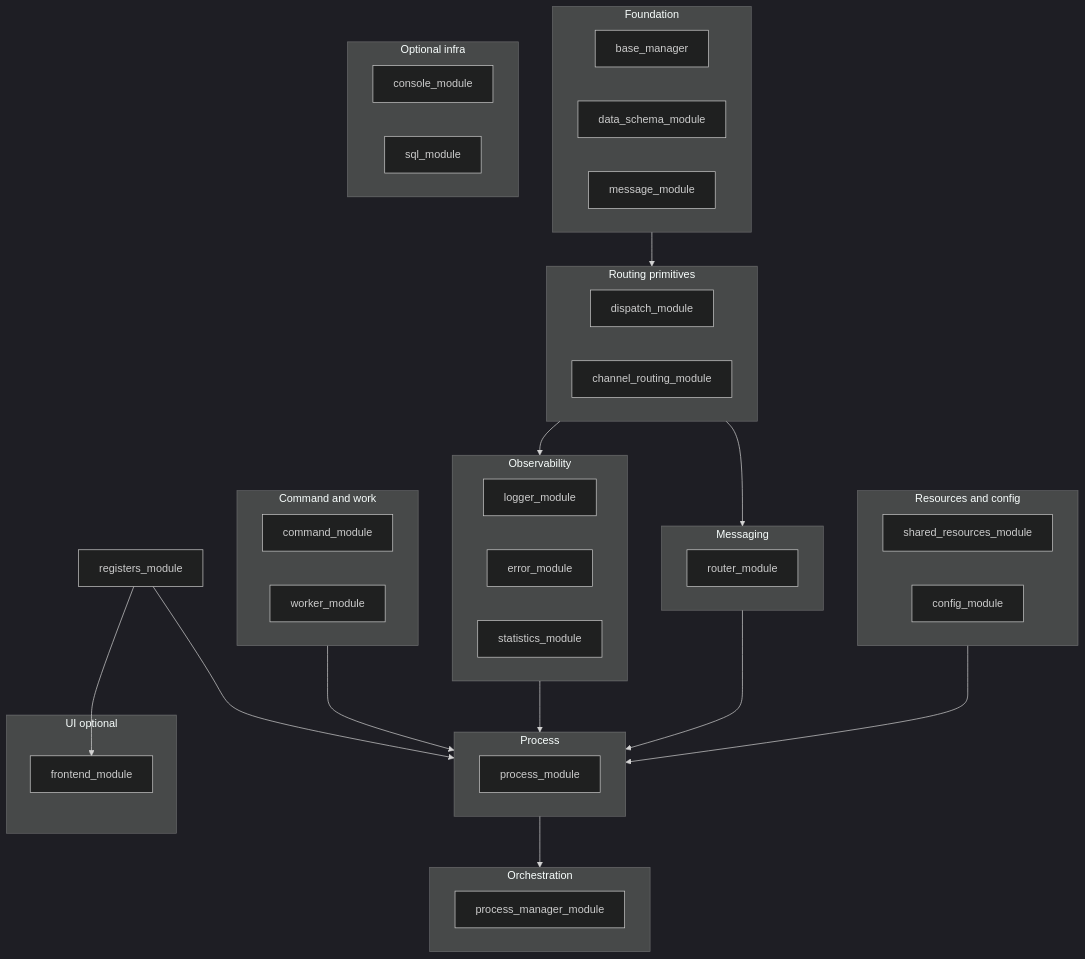
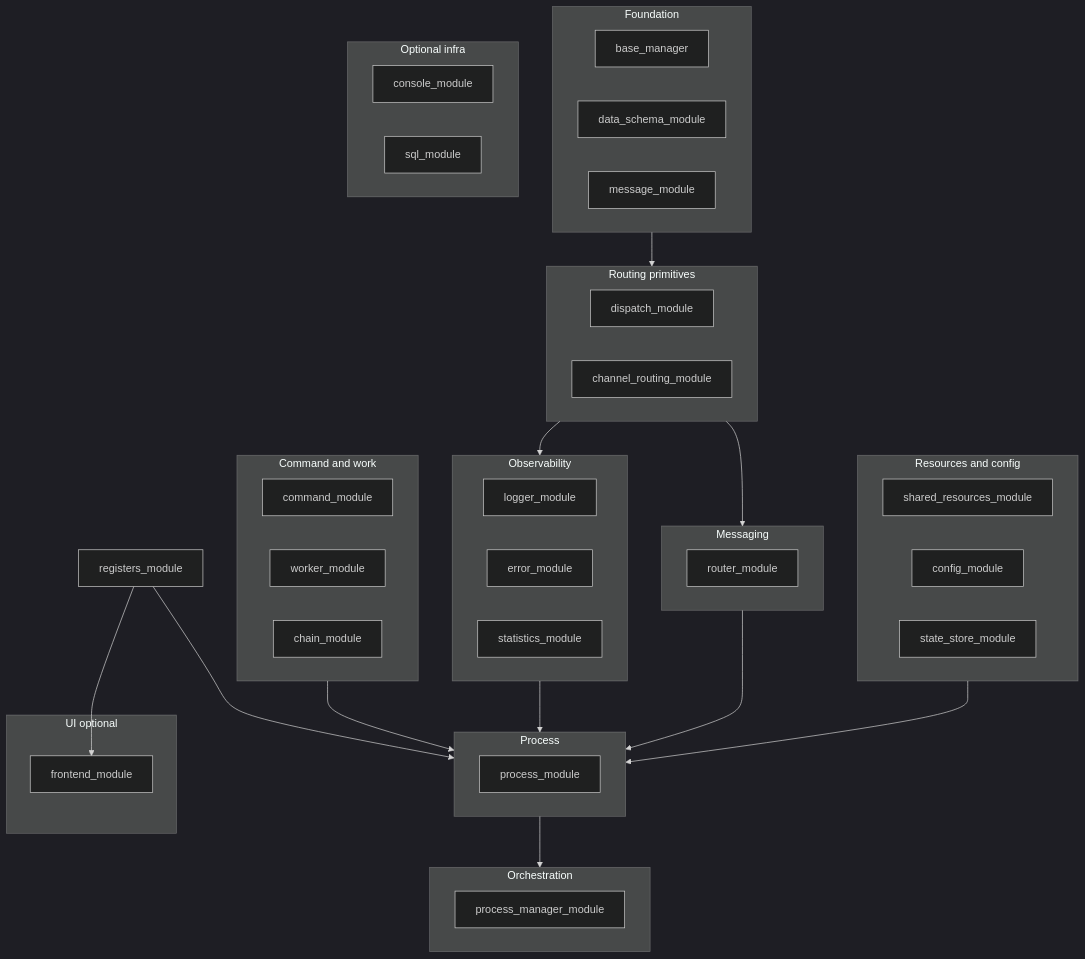
Before and after one commit to TWOKRAI/Inspector_bottles: the first of 6 diagrams in multiprocess_framework/docs/DIAGRAMS.md, drawn with Mermaid (dark theme). The commit also changed other lines of this file and 18 other files, not shown here.

````diff
--- a/multiprocess_framework/docs/DIAGRAMS.md
+++ b/multiprocess_framework/docs/DIAGRAMS.md
@@ -11,51 +11,53 @@
 ```mermaid
 flowchart TB
   subgraph L1 [Foundation]
     BM[base_manager]
     DS[data_schema_module]
     MSG[message_module]
   end
   subgraph L2 [Routing primitives]
     DSP[dispatch_module]
     CRM[channel_routing_module]
   end
   subgraph L3 [Messaging]
     RTR[router_module]
   end
   subgraph L4 [Observability]
     LOG[logger_module]
     ERR[error_module]
     STA[statistics_module]
   end
   subgraph L5 [Resources and config]
     SRM[shared_resources_module]
     CFG[config_module]
+    SS[state_store_module]
   end
   subgraph L6 [Command and work]
     CMD[command_module]
     WRK[worker_module]
+    CHN[chain_module]
   end
   subgraph L7 [Process]
     PM[process_module]
   end
   subgraph L8 [Orchestration]
     PMM[process_manager_module]
   end
   subgraph L9 [Optional infra]
     CON[console_module]
     SQL[sql_module]
   end
   subgraph L10 [UI optional]
     FE[frontend_module]
   end
   L1 --> L2
   L2 --> L3
   L2 --> L4
   L5 --> L7
   L3 --> L7
   L4 --> L7
   L6 --> L7
   L7 --> L8
   REG[registers_module] --> L7
   REG --> FE
 ```
````
